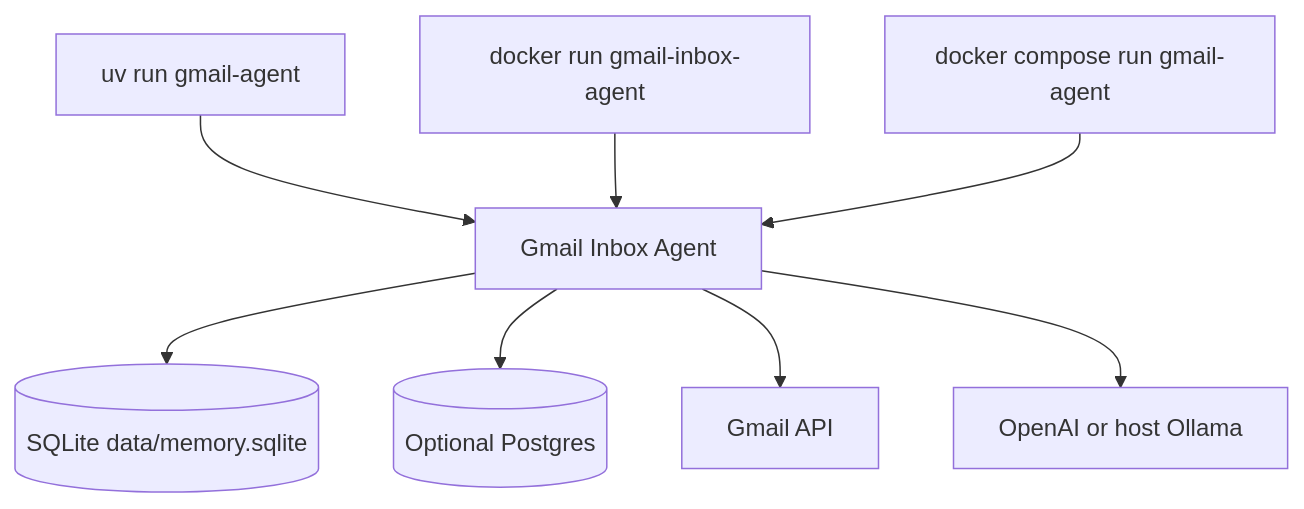
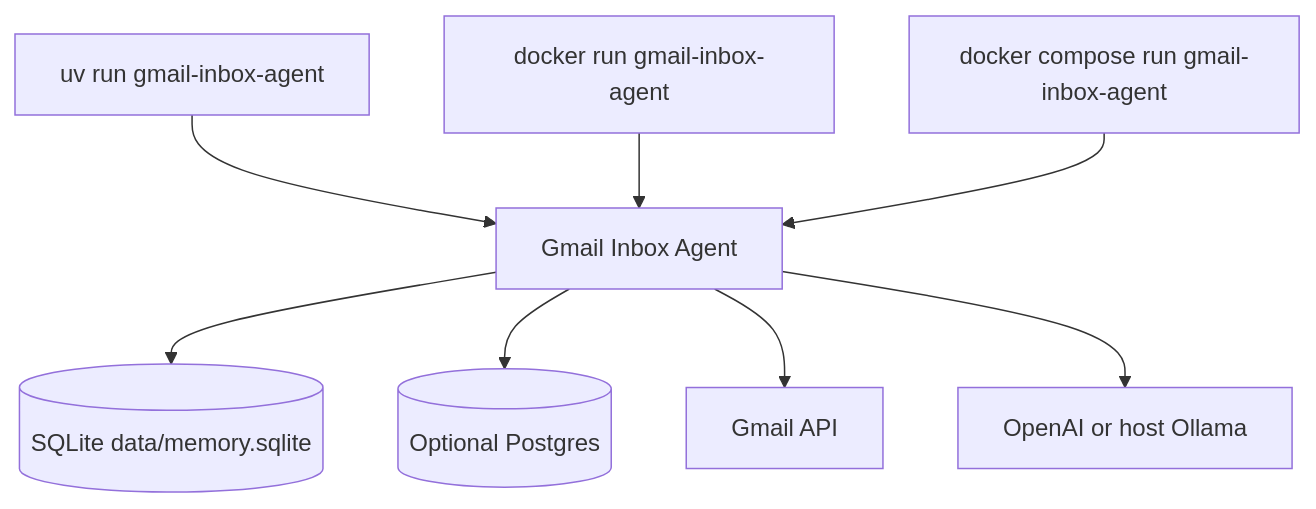
One commit to brandocomando/my_agentic_team changed the sixth of 7 diagrams in gmail-inbox-agent/docs/Architecture.md. Above: the diagram before and after it, drawn with Mermaid. The commit also changed other lines of this file and 17 other files, not shown here.

First line of the commit message:
fix(gmail-inbox-agent): Skip release tests on main, and standardize on naming convention (#2)

````diff
--- a/gmail-inbox-agent/docs/Architecture.md
+++ b/gmail-inbox-agent/docs/Architecture.md
@@ -186,10 +186,10 @@
 ```mermaid
 flowchart TD
-    Local["uv run gmail-agent"] --> Agent["Gmail Inbox Agent"]
+    Local["uv run gmail-inbox-agent"] --> Agent["Gmail Inbox Agent"]
     Docker["docker run gmail-inbox-agent"] --> Agent
-    Compose["docker compose run gmail-agent"] --> Agent
+    Compose["docker compose run gmail-inbox-agent"] --> Agent
     Agent --> SQLite[("SQLite data/memory.sqlite")]
     Agent --> Postgres[("Optional Postgres")]
     Agent --> Gmail["Gmail API"]
     Agent --> LLM["OpenAI or host Ollama"]
 ```
````
